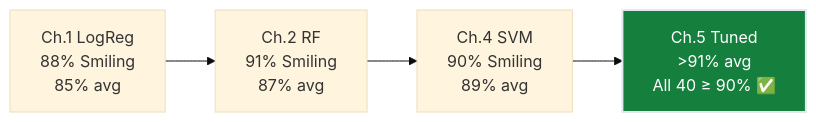
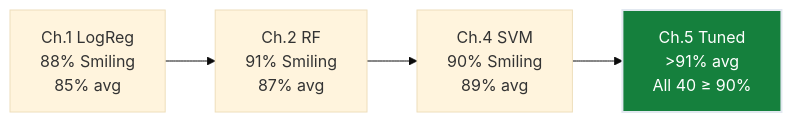
The first of 4 diagrams in notes/01-ml/02-classification/ch05_hyperparameter_tuning/README.md (dsgouda7/ai-portfolio), drawn with Mermaid (base theme) before and after one commit. The commit also changed other lines of this file and 179 other files, not shown here.

````diff
--- a/notes/01-ml/02-classification/ch05_hyperparameter_tuning/README.md
+++ b/notes/01-ml/02-classification/ch05_hyperparameter_tuning/README.md
@@ -47,7 +47,7 @@
 ```mermaid
 graph LR
-    A["Ch.1 LogReg\n88% Smiling\n85% avg"] --> B["Ch.2 RF\n91% Smiling\n87% avg"]
-    B --> C["Ch.4 SVM\n90% Smiling\n89% avg"]
-    C --> D["Ch.5 Tuned\n>91% avg\nAll 40 ≥ 90% ✅"]
-    style D fill:#15803d,stroke:#e2e8f0,stroke-width:2px,color:#ffffff
+ A["Ch.1 LogReg\n88% Smiling\n85% avg"] --> B["Ch.2 RF\n91% Smiling\n87% avg"]
+ B --> C["Ch.4 SVM\n90% Smiling\n89% avg"]
+ C --> D["Ch.5 Tuned\n>91% avg\nAll 40 ≥ 90% "]
+ style D fill:#15803d,stroke:#e2e8f0,stroke-width:2px,color:#ffffff
 ```
````
